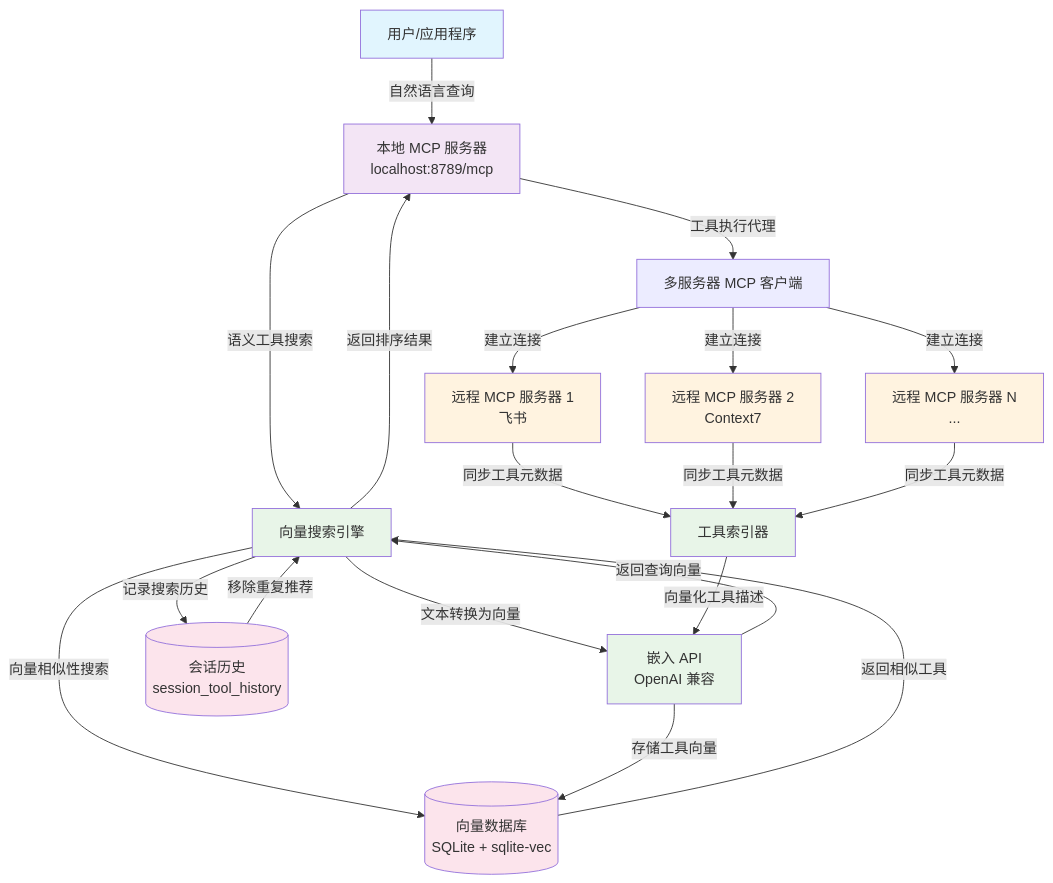
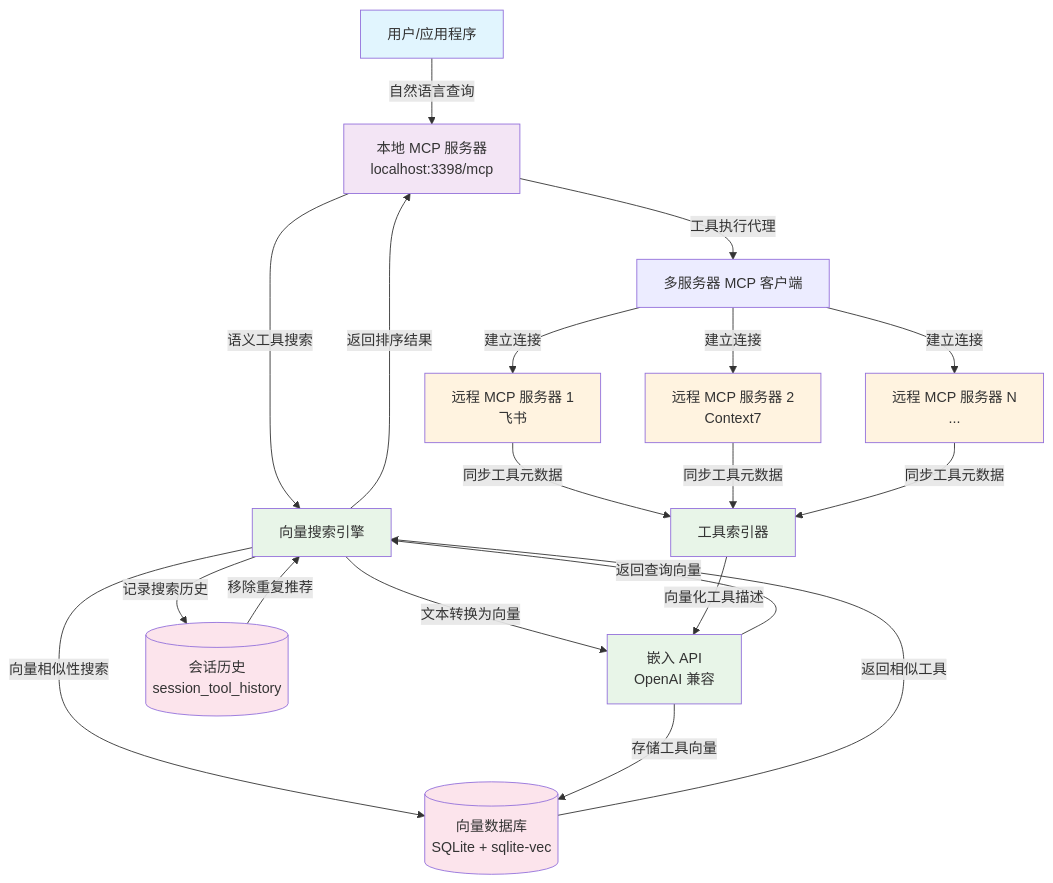
The diagram in README.zh-CN.md (aandersen2323/dextMCP), drawn with Mermaid before and after one commit. The commit also changed other lines of this file and 5 other files, not shown here.

````diff
--- a/README.zh-CN.md
+++ b/README.zh-CN.md
@@ -18,38 +18,38 @@
 ```mermaid
 graph TB
-    User[用户/应用程序] -->|自然语言查询| LocalMCP[本地 MCP 服务器<br/>localhost:8789/mcp]
+    User[用户/应用程序] -->|自然语言查询| LocalMCP[本地 MCP 服务器<br/>localhost:3398/mcp]
 
     LocalMCP -->|语义工具搜索| VS[向量搜索引擎]
     LocalMCP -->|工具执行代理| MCP[多服务器 MCP 客户端]
 
     VS -->|文本转换为向量| Embedding[嵌入 API<br/>OpenAI 兼容]
     Embedding -->|返回查询向量| VS
     VS -->|向量相似性搜索| VDB[(向量数据库<br/>SQLite + sqlite-vec)]
     VDB -->|返回相似工具| VS
     VS -->|返回排序结果| LocalMCP
 
     MCP -->|建立连接| Remote1[远程 MCP 服务器 1<br/>飞书]
     MCP -->|建立连接| Remote2[远程 MCP 服务器 2<br/>Context7]
     MCP -->|建立连接| Remote3[远程 MCP 服务器 N<br/>...]
 
     Remote1 -->|同步工具元数据| Indexer[工具索引器]
     Remote2 -->|同步工具元数据| Indexer
     Remote3 -->|同步工具元数据| Indexer
     Indexer -->|向量化工具描述| Embedding
     Embedding -->|存储工具向量| VDB
 
     VS -->|记录搜索历史| SessionDB[(会话历史<br/>session_tool_history)]
     SessionDB -->|移除重复推荐| VS
 
     classDef user fill:#e1f5fe
     classDef local fill:#f3e5f5
     classDef vector fill:#e8f5e8
     classDef remote fill:#fff3e0
     classDef db fill:#fce4ec
 
     class User user
     class LocalMCP local
     class VS,Embedding,Indexer vector
     class Remote1,Remote2,Remote3 remote
     class VDB,SessionDB db
 ```
````
